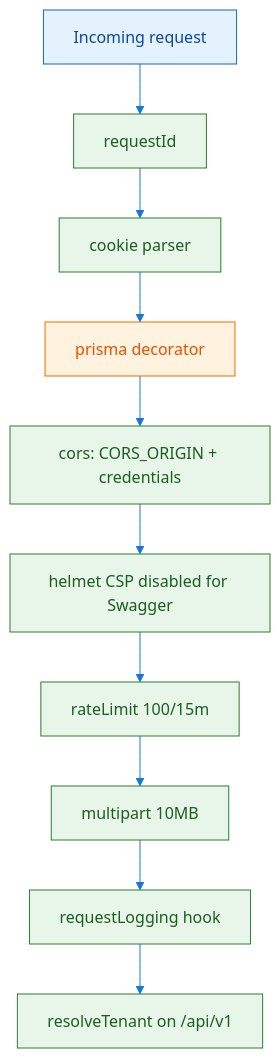
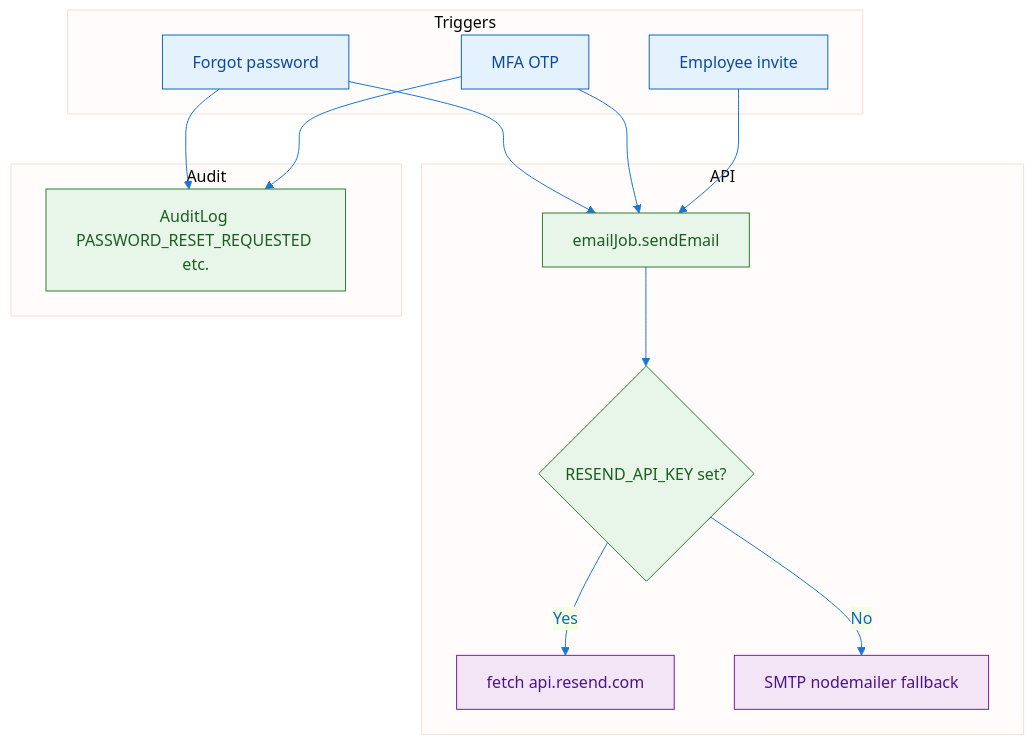
One commit to saeedafri/Employee-management-system changed the diagram in docs/.pdf-assets/diagram-34.mmd. Above: the diagram before and after it, drawn with Mermaid. The commit also changed 114 other files, not shown here.

```diff
--- a/docs/.pdf-assets/diagram-34.mmd
+++ b/docs/.pdf-assets/diagram-34.mmd
@@ -1,20 +1,34 @@
 flowchart TD
 %%{init: {'theme': 'base', 'themeVariables': { 'primaryColor': '#e3f2fd', 'primaryTextColor': '#1565c0', 'lineColor': '#1976d2'}}}%%
-IN[Incoming request] --> RID[requestId]
-    RID --> COOKIE[cookie parser]
-    COOKIE --> PRISMA[prisma decorator]
-    PRISMA --> CORS["cors: CORS_ORIGIN + credentials"]
-    CORS --> HELMET["helmet CSP disabled for Swagger"]
-    HELMET --> RATE[rateLimit 100/15m]
-    RATE --> MULTI[multipart 10MB]
-    MULTI --> LOG[requestLogging hook]
-    LOG --> RT[resolveTenant on /api/v1]
+subgraph Triggers
+        T1[Forgot password]
+        T2[MFA OTP]
+        T3[Employee invite]
+    end
+    subgraph API
+        J1[emailJob.sendEmail]
+        J2{RESEND_API_KEY set?}
+        J3[fetch api.resend.com]
+        J4[SMTP nodemailer fallback]
+    end
+    subgraph Audit
+        A1[AuditLog PASSWORD_RESET_REQUESTED etc.]
+    end
+
+    T1 --> J1
+    T2 --> J1
+    T3 --> J1
+    J1 --> J2
+    J2 -->|Yes| J3
+    J2 -->|No| J4
+    T1 --> A1
+    T2 --> A1
 
 classDef client fill:#e3f2fd,stroke:#1565c0,color:#0d47a1
     classDef api fill:#e8f5e9,stroke:#2e7d32,color:#1b5e20
     classDef db fill:#fff3e0,stroke:#ef6c00,color:#e65100
     classDef external fill:#f3e5f5,stroke:#7b1fa2,color:#4a148c
     classDef warn fill:#ffebee,stroke:#c62828,color:#b71c1c
-    class IN client
-    class COOKIE,CORS,HELMET,LOG,MULTI,RATE,RID,RT api
-    class PRISMA db
+    class T1,T2,T3 client
+    class A1,J1,J2 api
+    class J3,J4 external
```
